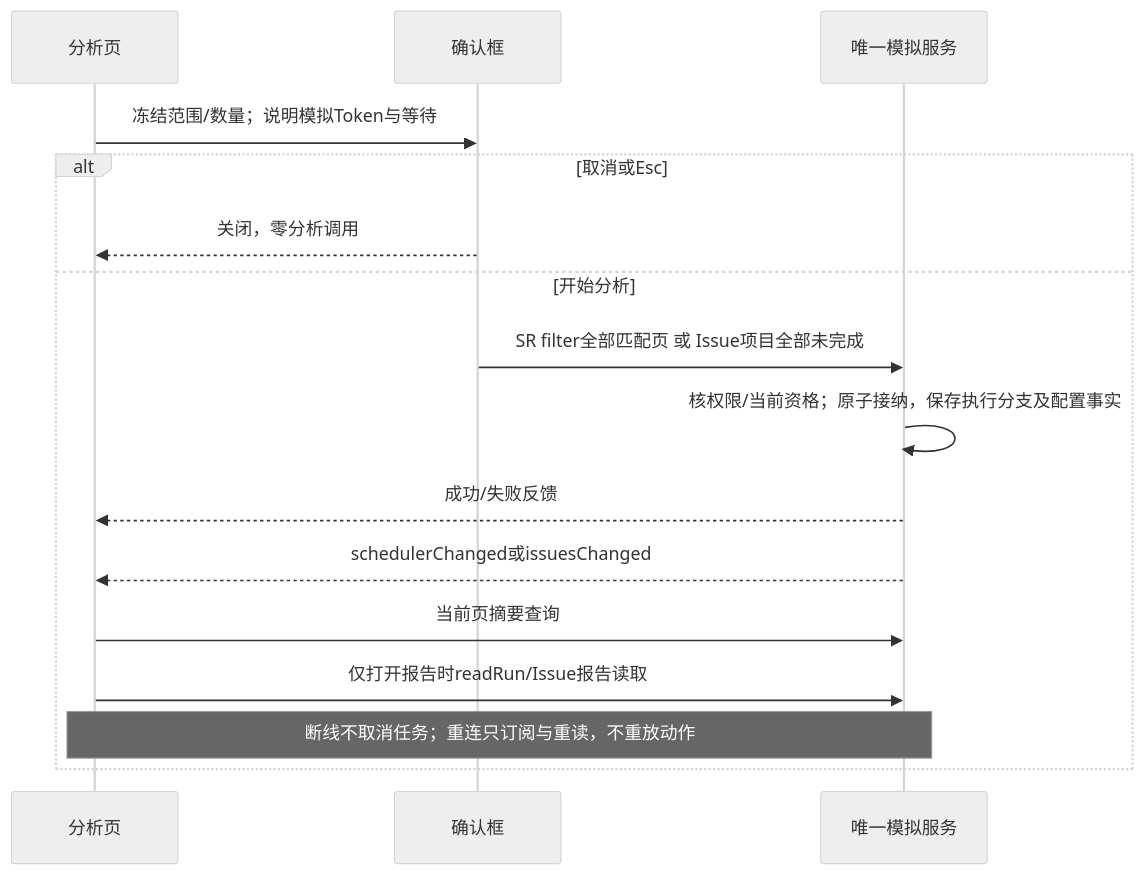
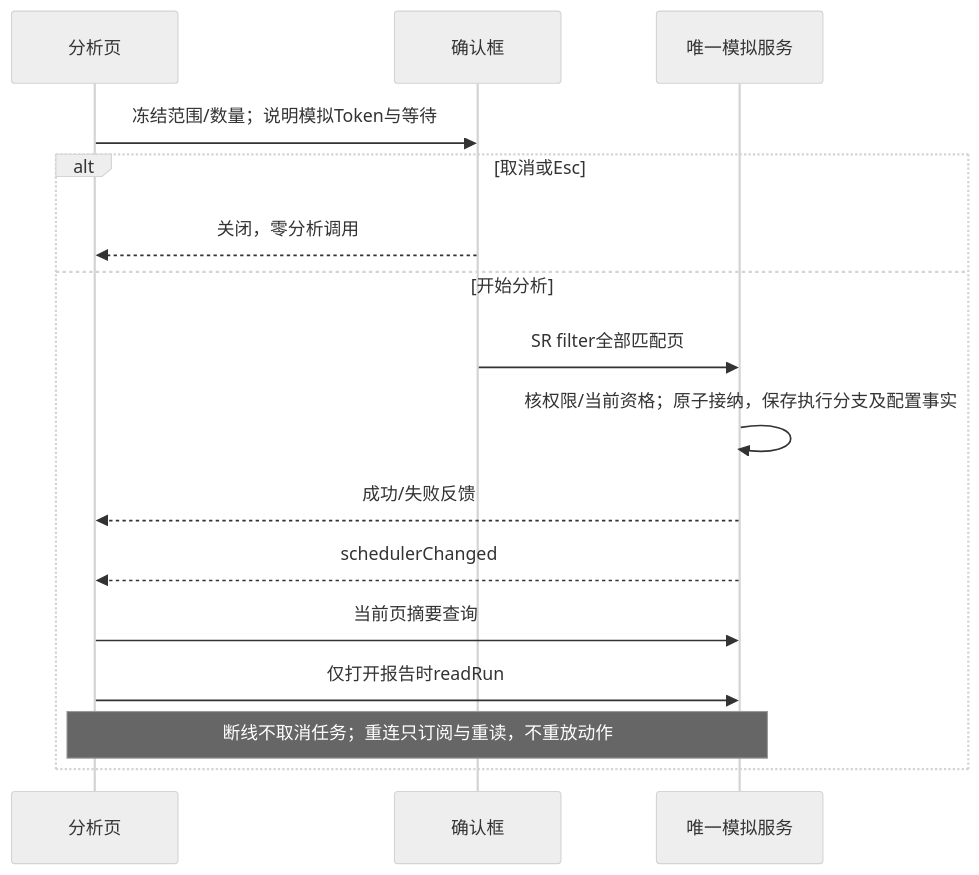
Before and after one commit to jchanghong023/ZCode: the fourth of 4 diagrams in docs/specs/aireq-migration/tracking.md, drawn with Mermaid (neutral theme). The commit also changed other lines of this file and 112 other files, not shown here.

````diff
--- a/docs/specs/aireq-migration/tracking.md
+++ b/docs/specs/aireq-migration/tracking.md
@@ -170,18 +182,18 @@
 ```mermaid
 sequenceDiagram
   participant U as 分析页
   participant C as 确认框
   participant S as 唯一模拟服务
   U->>C: 冻结范围/数量；说明模拟Token与等待
   alt 取消或Esc
     C-->>U: 关闭，零分析调用
   else 开始分析
-    C->>S: SR filter全部匹配页 或 Issue项目全部未完成
+    C->>S: SR filter全部匹配页
     S->>S: 核权限/当前资格；原子接纳，保存执行分支及配置事实
     S-->>U: 成功/失败反馈
-    S-->>U: schedulerChanged或issuesChanged
+    S-->>U: schedulerChanged
     U->>S: 当前页摘要查询
-    U->>S: 仅打开报告时readRun/Issue报告读取
+    U->>S: 仅打开报告时readRun
     Note over U,S: 断线不取消任务；重连只订阅与重读，不重放动作
   end
 ```
````
